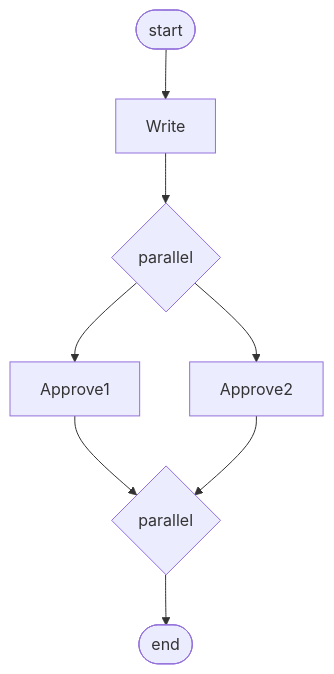
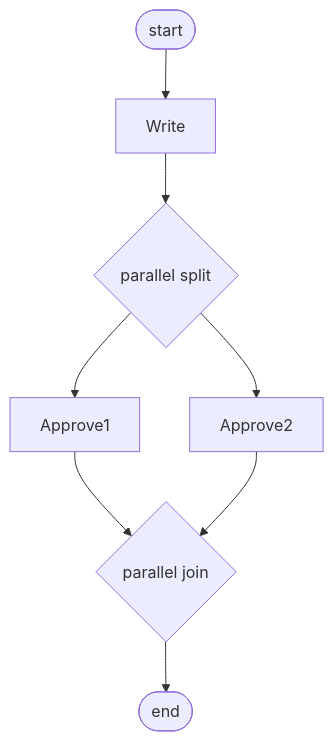
The second of 2 diagrams in apps/docs/docs/developer-guide/examples/workflow.md (AelasticS/Synthesis), drawn with Mermaid before and after one commit. The commit also changed other lines of this file and 16 other files, not shown here.

````diff
--- a/apps/docs/docs/developer-guide/examples/workflow.md
+++ b/apps/docs/docs/developer-guide/examples/workflow.md
@@ -205,17 +209,17 @@
 ```mermaid
 flowchart TD
   start(["start"])
   Write["Write"]
-  approvals_split{"parallel"}
+  approvals_split{"parallel split"}
   Approve1["Approve1"]
   Approve2["Approve2"]
-  approvals_join{"parallel"}
+  approvals_join{"parallel join"}
   end_node(["end"])
   approvals_split --> Approve1
   approvals_split --> Approve2
   Approve1 --> approvals_join
   Approve2 --> approvals_join
   Write --> approvals_split
   start --> Write
   approvals_join --> end_node
 ```
````
